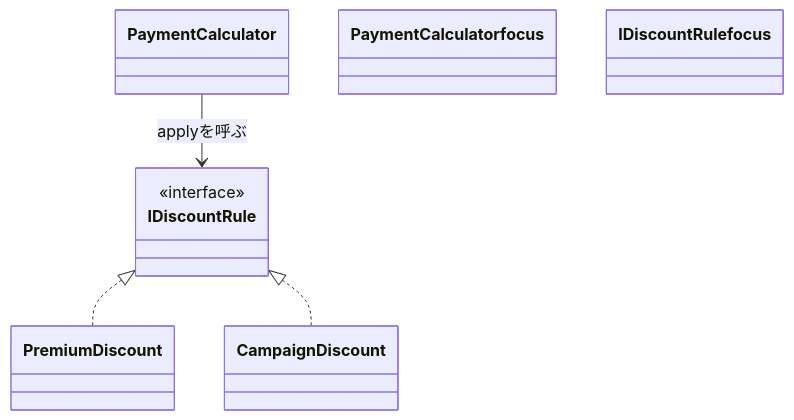
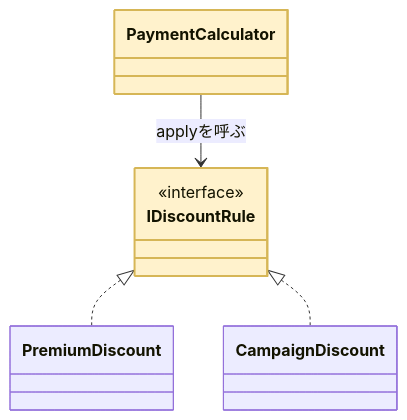
Before and after one commit to kumachan1101-pixel/DesignPattern: the eighth of 17 diagrams in kindle/design-patterns/output/chapter01.md, drawn with Mermaid. The commit also changed other lines of this file and 15 other files, not shown here.

First line of the commit message:
全章classDiagram: phantom浮きクラスを生む着色構文 class X focus を :::focus へ修正（103箇所）

````diff
--- a/kindle/design-patterns/output/chapter01.md
+++ b/kindle/design-patterns/output/chapter01.md
@@ -1317,13 +1317,13 @@
 ```mermaid
 classDiagram
     class PaymentCalculator
     class IDiscountRule { <<interface>> }
     class PremiumDiscount
     class CampaignDiscount
     PaymentCalculator --> IDiscountRule : applyを呼ぶ
     IDiscountRule <|.. PremiumDiscount
     IDiscountRule <|.. CampaignDiscount
-    class PaymentCalculator focus
-    class IDiscountRule focus
+    class PaymentCalculator:::focus
+    class IDiscountRule:::focus
     classDef focus fill:#FFF2CC,stroke:#D6B656,stroke-width:2px
 ```
````
